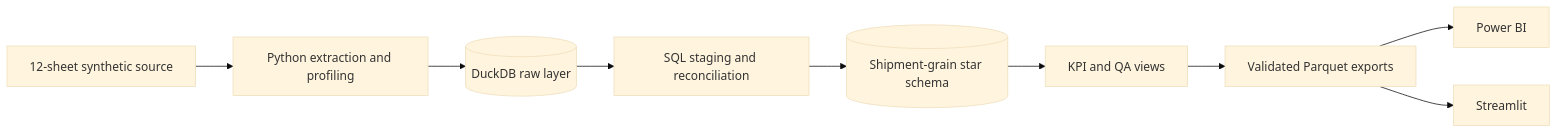
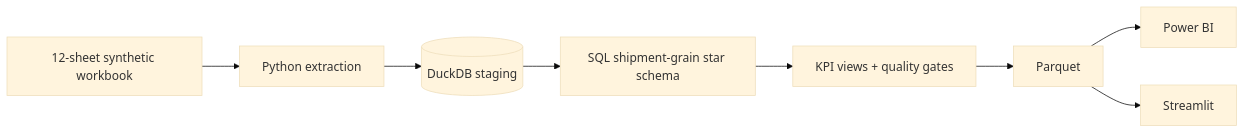
The diagram in README.md (Akshith597/logistics-control-tower), drawn with Mermaid (base theme) before and after one commit. The commit also changed other lines of this file and 6 other files, not shown here.

````diff
--- a/README.md
+++ b/README.md
@@ -58,11 +10,10 @@
 ```mermaid
 flowchart LR
-    A[12-sheet synthetic source] --> B[Python extraction and profiling]
-    B --> C[(DuckDB raw layer)]
-    C --> D[SQL staging and reconciliation]
-    D --> E[(Shipment-grain star schema)]
-    E --> F[KPI and QA views]
-    F --> G[Validated Parquet exports]
-    G --> H[Power BI]
-    G --> I[Streamlit]
+    A[12-sheet synthetic workbook] --> B[Python extraction]
+    B --> C[(DuckDB staging)]
+    C --> D[SQL shipment-grain star schema]
+    D --> E[KPI views + quality gates]
+    E --> F[Parquet]
+    F --> G[Power BI]
+    F --> H[Streamlit]
 ```
````
